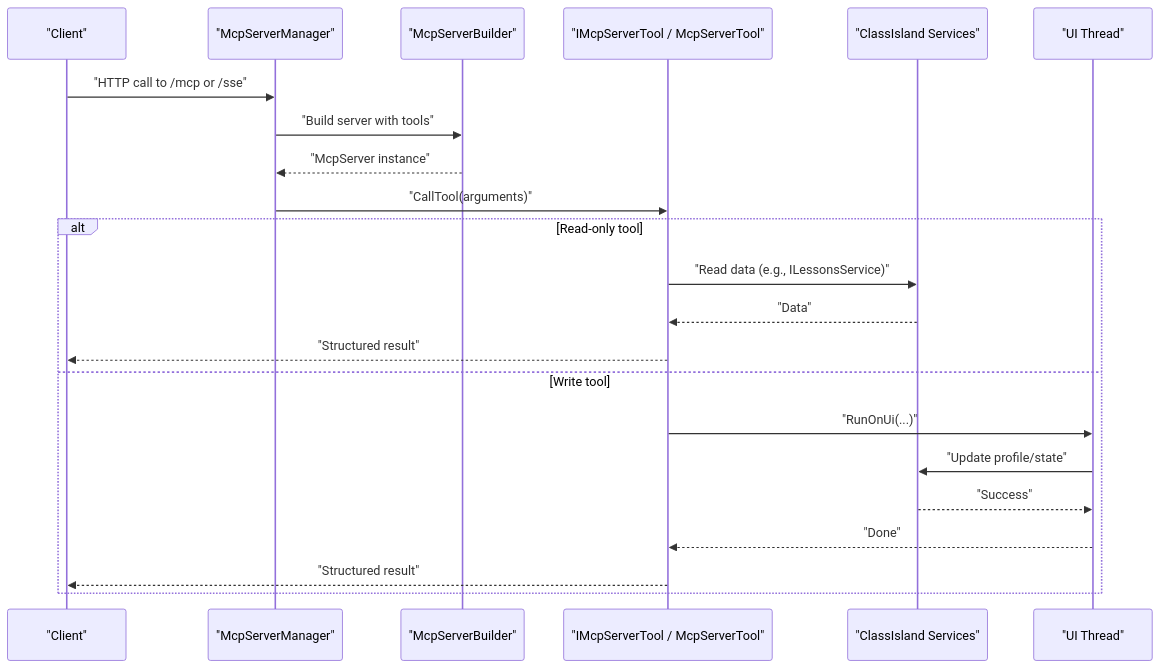
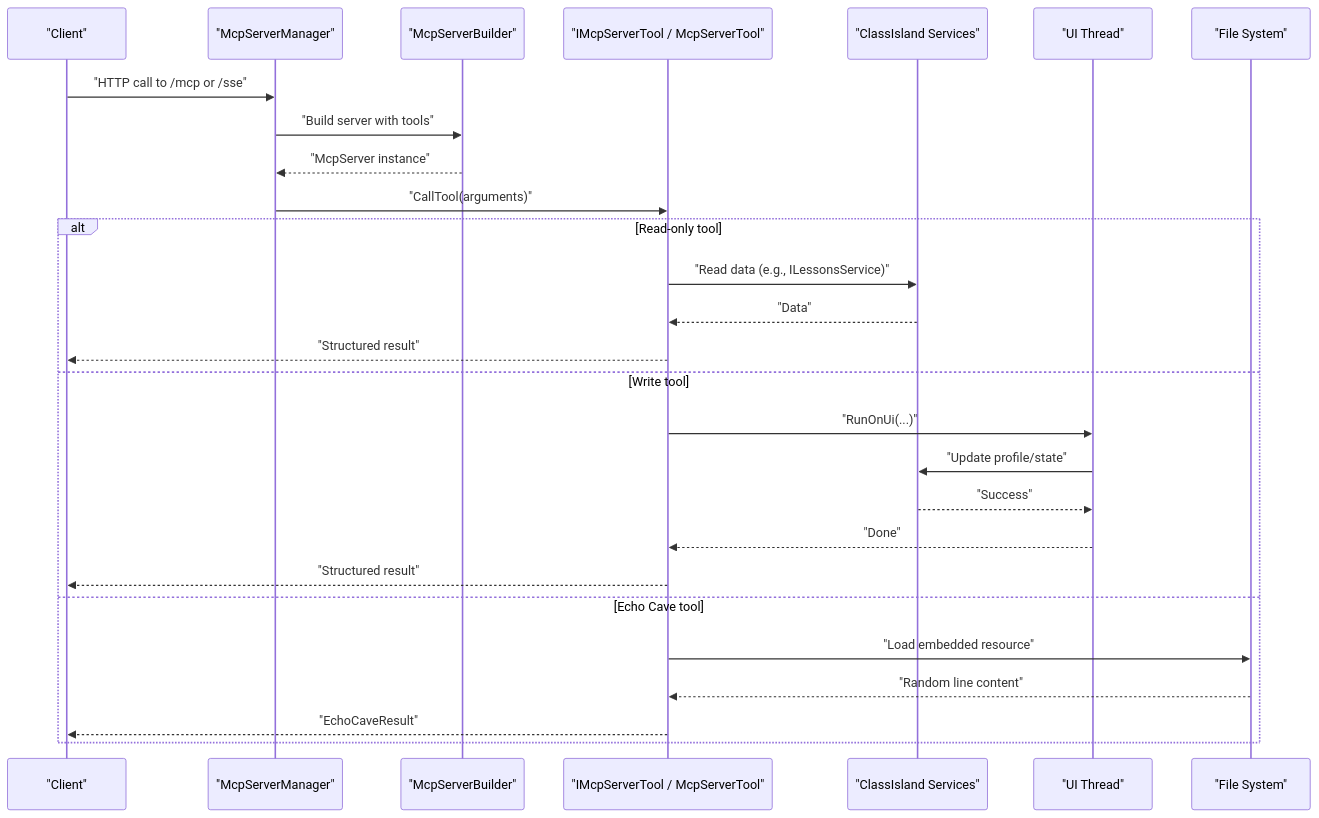
The second of 4 diagrams in .qoder/repowiki/en/content/API Reference/MCP Tools API/MCP Tools API.md (ShihaoShenDev/AgentIsland), drawn with Mermaid before and after one commit. The commit also changed other lines of this file and 116 other files, not shown here.

````diff
--- a/.qoder/repowiki/en/content/API Reference/MCP Tools API/MCP Tools API.md
+++ b/.qoder/repowiki/en/content/API Reference/MCP Tools API/MCP Tools API.md
@@ -133,24 +179,29 @@
 ```mermaid
 sequenceDiagram
 participant Client as "Client"
 participant Server as "McpServerManager"
 participant Builder as "McpServerBuilder"
 participant Tool as "IMcpServerTool / McpServerTool"
 participant Service as "ClassIsland Services"
 participant UI as "UI Thread"
+participant FileSys as "File System"
 Client->>Server : "HTTP call to /mcp or /sse"
 Server->>Builder : "Build server with tools"
 Builder-->>Server : "McpServer instance"
 Server->>Tool : "CallTool(arguments)"
 alt Read-only tool
 Tool->>Service : "Read data (e.g., ILessonsService)"
 Service-->>Tool : "Data"
 Tool-->>Client : "Structured result"
 else Write tool
 Tool->>UI : "RunOnUi(...)"
 UI->>Service : "Update profile/state"
 Service-->>UI : "Success"
 UI-->>Tool : "Done"
 Tool-->>Client : "Structured result"
+else Echo Cave tool
+Tool->>FileSys : "Load embedded resource"
+FileSys-->>Tool : "Random line content"
+Tool-->>Client : "EchoCaveResult"
 end
 ```
````
